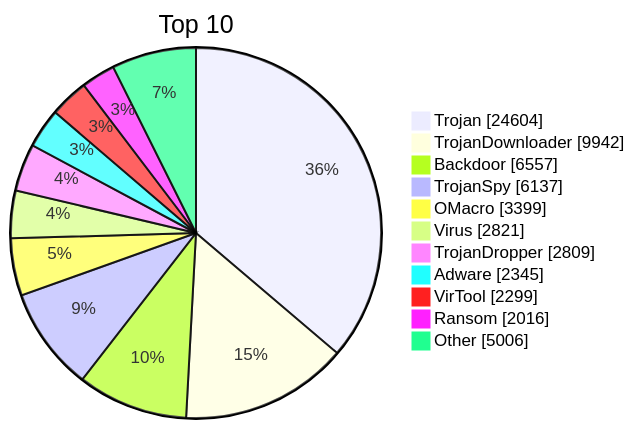
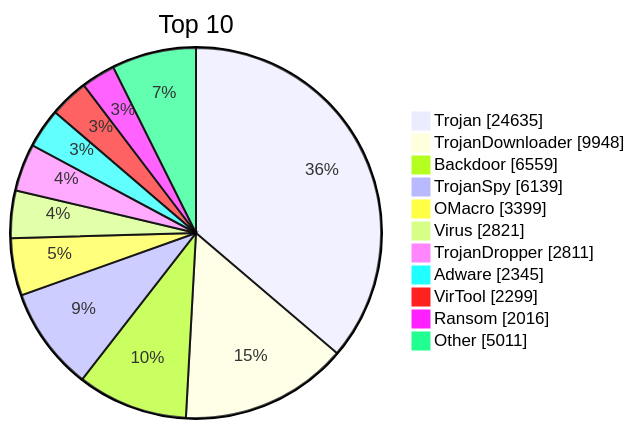
Before and after one commit to JerryLinLinLin/huorong-virdb-changelog: the diagram in README.md, drawn with Mermaid. The commit also changed other lines of this file and 14 other files, not shown here.

````diff
--- a/README.md
+++ b/README.md
@@ -19,15 +19,15 @@
 ```mermaid
 pie showData
     title Top 10
-    "Trojan" : 24604
-    "TrojanDownloader" : 9942
-    "Backdoor" : 6557
-    "TrojanSpy" : 6137
+    "Trojan" : 24635
+    "TrojanDownloader" : 9948
+    "Backdoor" : 6559
+    "TrojanSpy" : 6139
     "OMacro" : 3399
     "Virus" : 2821
-    "TrojanDropper" : 2809
+    "TrojanDropper" : 2811
     "Adware" : 2345
     "VirTool" : 2299
     "Ransom" : 2016
-    "Other" : 5006
+    "Other" : 5011
 ```
````
